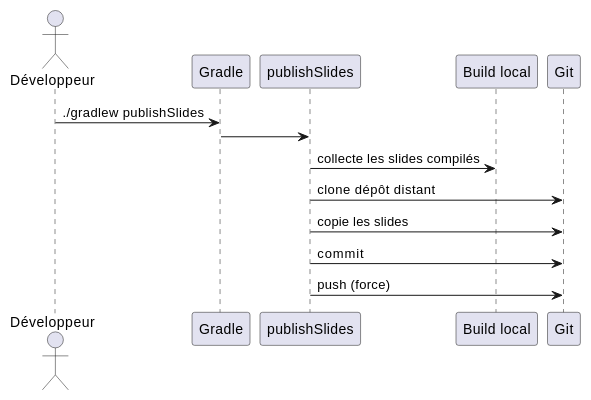
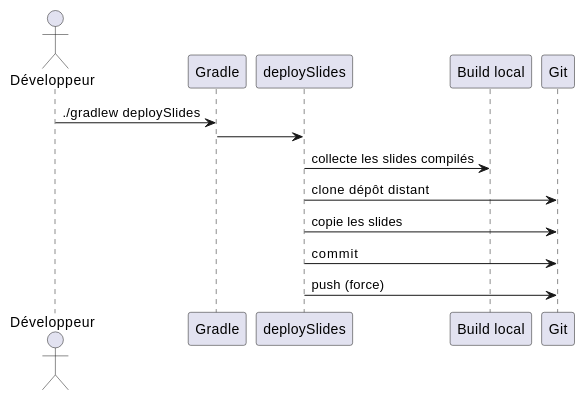
One commit to cheroliv/slider-gradle changed the sixth of 10 diagrams in README_truth_fr.adoc. Above: the diagram before and after it, drawn with PlantUML. The commit also changed other lines of this file and 13 other files, not shown here.

Commit message:
EPIC K K-1: renommage taxonomie (generateSlides, generateDashboard, deploySlides, generateCapsule, generateDeckContext, collectRagIndex) + groupes

```diff
--- a/README_truth_fr.adoc
+++ b/README_truth_fr.adoc
@@ -434,19 +434,19 @@
 [plantuml]
 ----
 @startuml
 actor Développeur
 
 participant Gradle
-participant publishSlides
+participant deploySlides
 participant "Build local"
 participant Git
 
-Développeur -> Gradle : ./gradlew publishSlides
-Gradle -> publishSlides
-publishSlides -> "Build local" : collecte les slides compilés
-publishSlides -> Git : clone dépôt distant
-publishSlides -> Git : copie les slides
-publishSlides -> Git : commit
-publishSlides -> Git : push (force)
+Développeur -> Gradle : ./gradlew deploySlides
+Gradle -> deploySlides
+deploySlides -> "Build local" : collecte les slides compilés
+deploySlides -> Git : clone dépôt distant
+deploySlides -> Git : copie les slides
+deploySlides -> Git : commit
+deploySlides -> Git : push (force)
 @enduml
 ----
```
